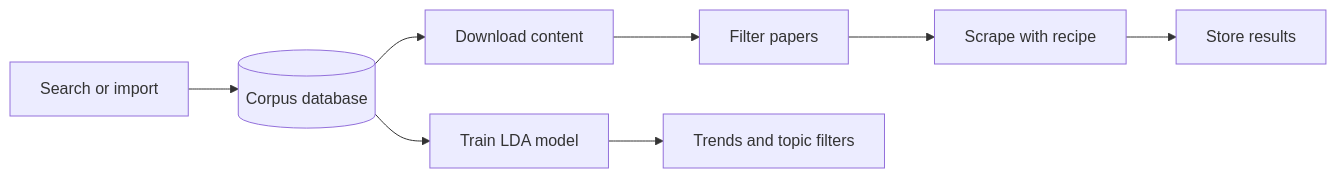
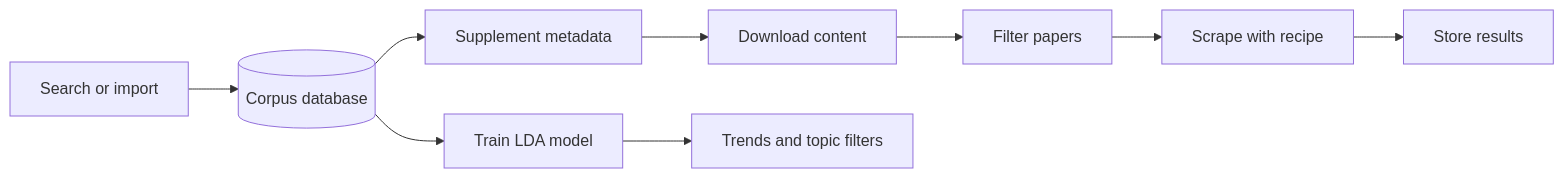
The diagram in docs/index.md (SMTG-Bham/PaperMinerToolkit), drawn with Mermaid before and after one commit. The commit also changed 28 other files, not shown here.

Commit message:
Supplement downloaded metadata #34

````diff
--- a/docs/index.md
+++ b/docs/index.md
@@ -9,10 +9,11 @@
 ```{mermaid}
 flowchart LR
     A[Search or import] --> B[(Corpus database)]
-    B --> C[Download content]
+    B --> S[Supplement metadata]
+    S --> C[Download content]
     C --> D[Filter papers]
     D --> E[Scrape with recipe]
     E --> F[Store results]
     B --> G[Train LDA model]
     G --> H[Trends and topic filters]
 ```
````
